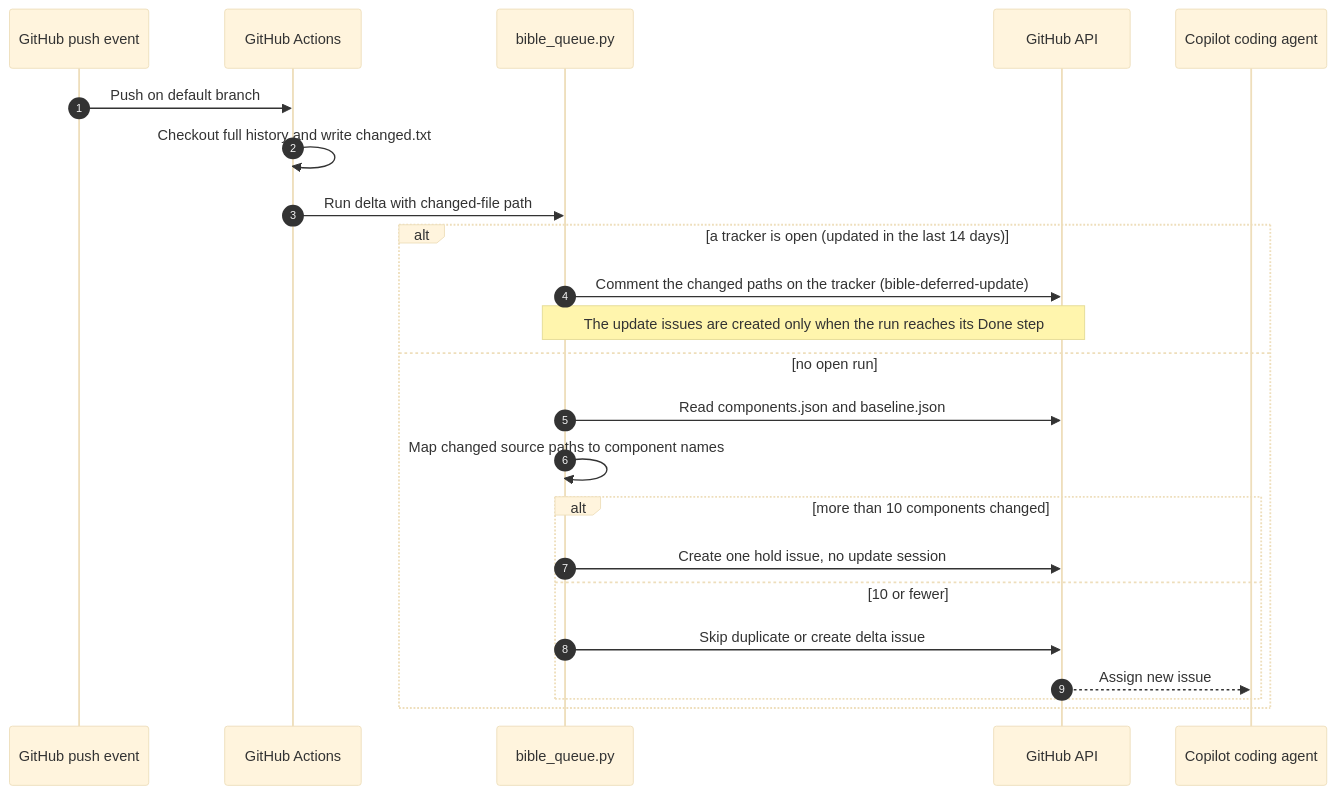
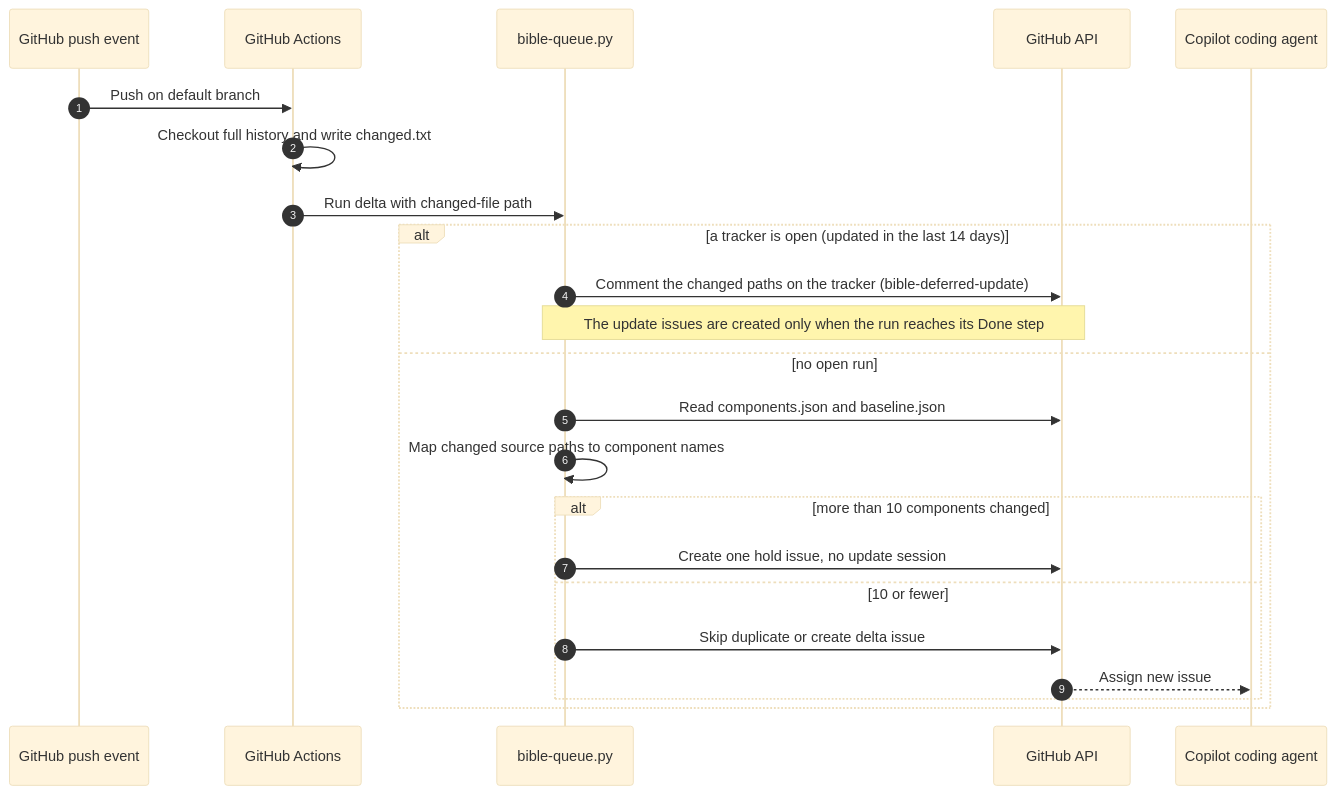
One commit to vishalc412/bible-mode-b-test changed the fifth of 10 diagrams in codebase-analysis/hld/05-key-flows.md. Above: the diagram before and after it, drawn with Mermaid (base theme). The commit also changed other lines of this file and 38 other files, not shown here.

````diff
--- a/codebase-analysis/hld/05-key-flows.md
+++ b/codebase-analysis/hld/05-key-flows.md
@@ -235,25 +244,25 @@
 ```mermaid
 sequenceDiagram
   autonumber
   participant Git as GitHub push event
   participant Actions as GitHub Actions
-  participant Queue as bible_queue.py
+  participant Queue as bible-queue.py
   participant API as GitHub API
   participant Agent as Copilot coding agent
   Git->>Actions: Push on default branch
   Actions->>Actions: Checkout full history and write changed.txt
   Actions->>Queue: Run delta with changed-file path
   alt a tracker is open (updated in the last 14 days)
     Queue->>API: Comment the changed paths on the tracker (bible-deferred-update)
     Note over Queue,API: The update issues are created only when the run reaches its Done step
   else no open run
     Queue->>API: Read components.json and baseline.json
     Queue->>Queue: Map changed source paths to component names
     alt more than 10 components changed
       Queue->>API: Create one hold issue, no update session
     else 10 or fewer
       Queue->>API: Skip duplicate or create delta issue
       API-->>Agent: Assign new issue
     end
   end
 ```
````
